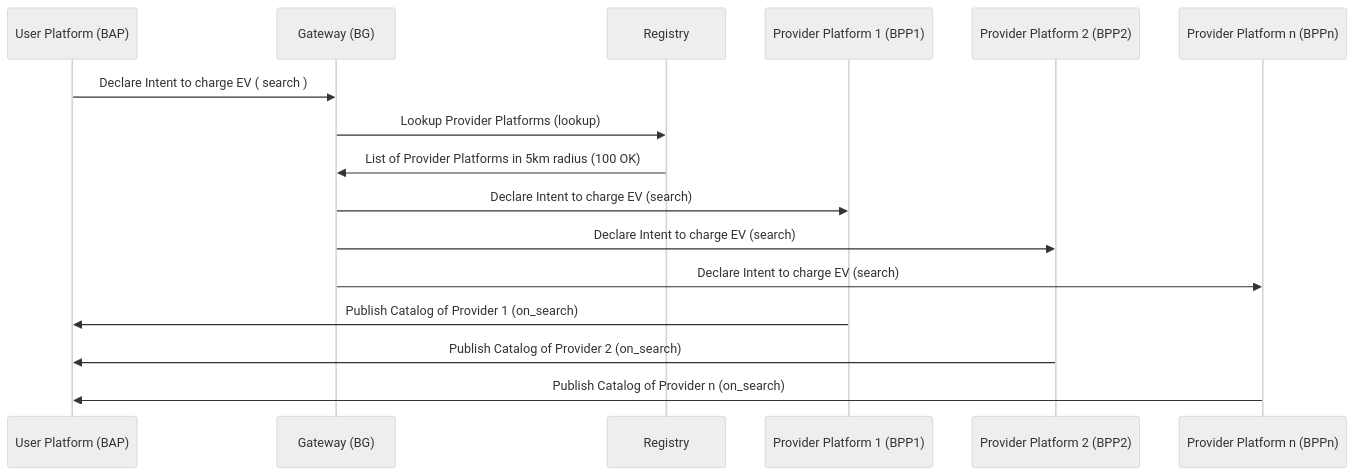
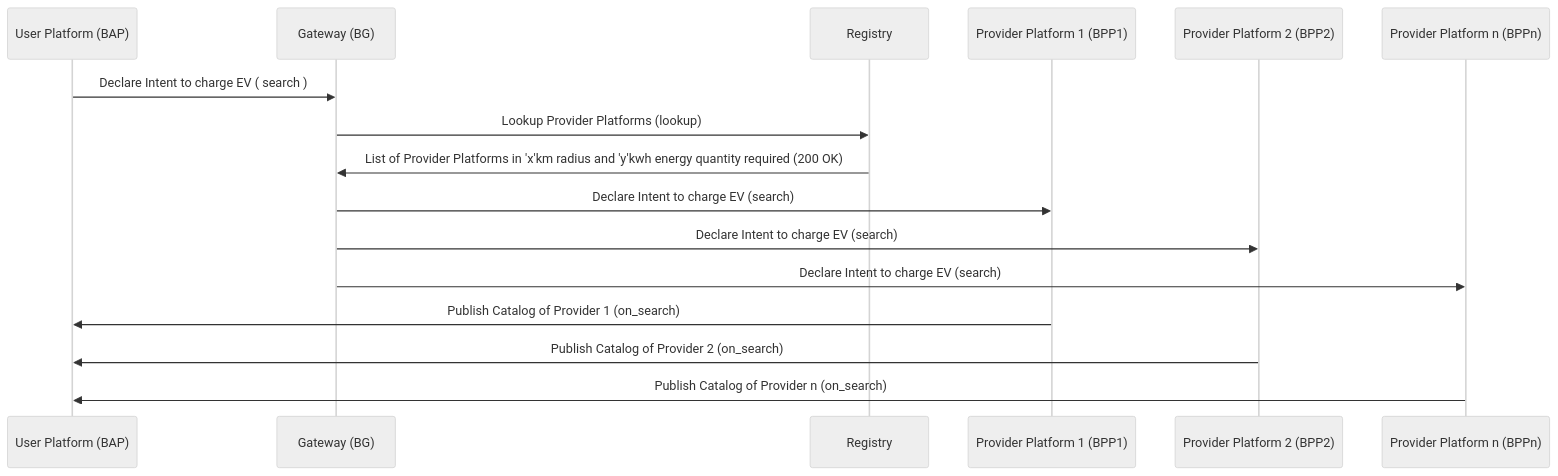
One commit to Sudheesh2609/DENT-Protocol changed the second of 8 diagrams in docs/implementation-guides/EV_Charging/Generic-EV_Charging-Worlflow.md. Above: the diagram before and after it, drawn with Mermaid (neutral theme). The commit also changed other lines of this file, not shown here.

````diff
--- a/docs/implementation-guides/EV_Charging/Generic-EV_Charging-Worlflow.md
+++ b/docs/implementation-guides/EV_Charging/Generic-EV_Charging-Worlflow.md
@@ -82,12 +84,12 @@
 ```mermaid
     sequenceDiagram
     User Platform (BAP)->>Gateway (BG): Declare Intent to charge EV ( search )
     Gateway (BG)->>Registry: Lookup Provider Platforms (lookup)
-    Registry->>Gateway (BG): List of Provider Platforms in 5km radius (100 OK)
+    Registry->>Gateway (BG): List of Provider Platforms in 'x'km radius and 'y'kwh energy quantity required (200 OK)
     Gateway (BG)->>Provider Platform 1 (BPP1): Declare Intent to charge EV (search)
     Gateway (BG)->>Provider Platform 2 (BPP2): Declare Intent to charge EV (search)
     Gateway (BG)->>Provider Platform n (BPPn): Declare Intent to charge EV (search)
     Provider Platform 1 (BPP1)->>User Platform (BAP): Publish Catalog of Provider 1 (on_search)
     Provider Platform 2 (BPP2)->>User Platform (BAP): Publish Catalog of Provider 2 (on_search)
     Provider Platform n (BPPn)->>User Platform (BAP): Publish Catalog of Provider n (on_search)
 ```
````
